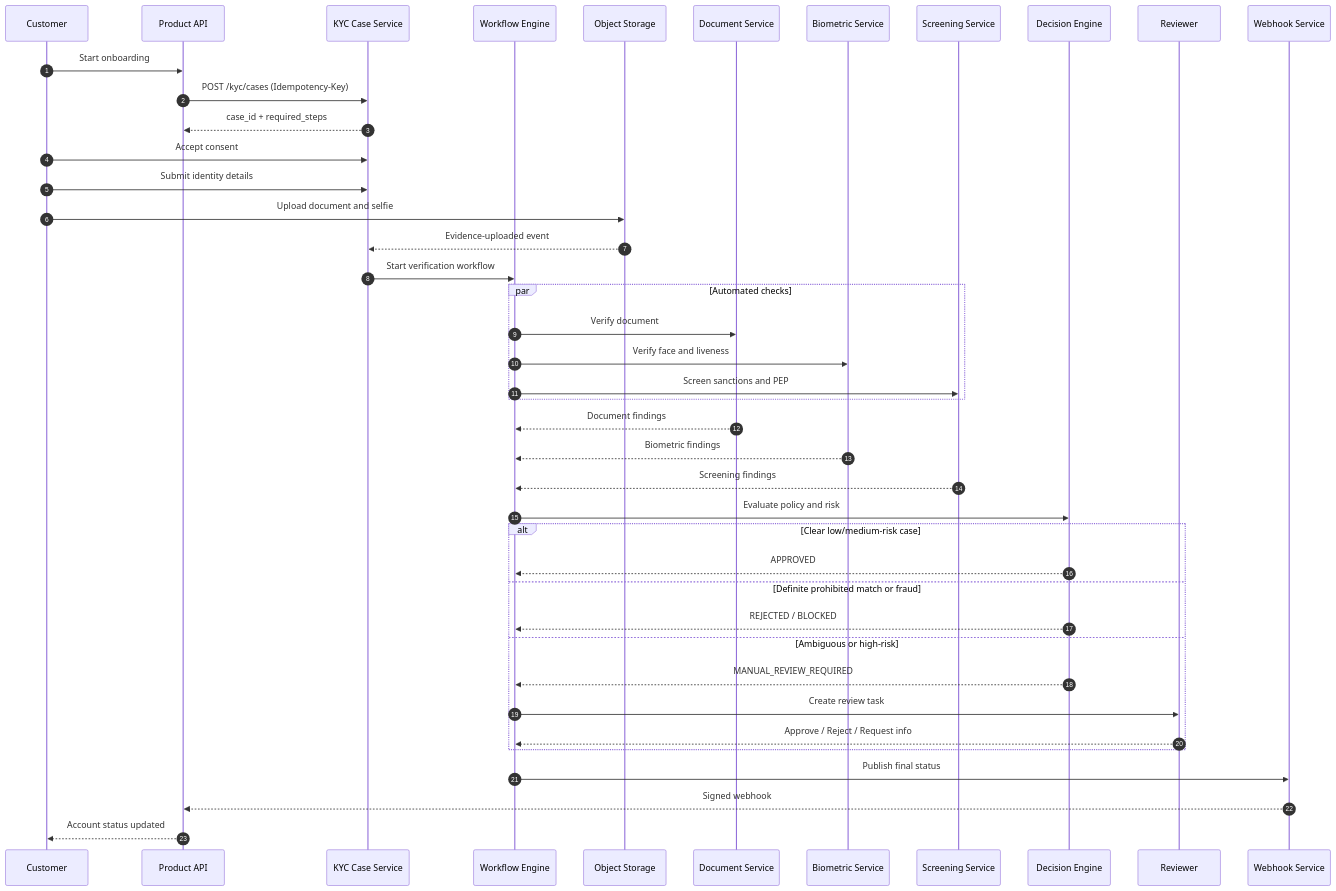
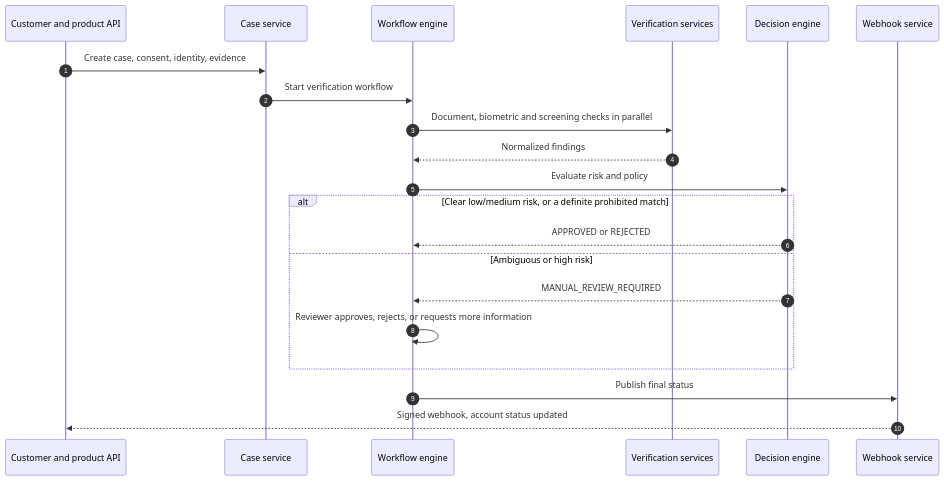
The sixth of 19 diagrams in src/content/system-design/kyc-pipeline.md (AvadhBhalodiya/Interview-Preparation), drawn with Mermaid before and after one commit. The commit also changed other lines of this file and 113 other files, not shown here.

````diff
--- a/src/content/system-design/kyc-pipeline.md
+++ b/src/content/system-design/kyc-pipeline.md
@@ -458,52 +295,24 @@
 ```mermaid
 sequenceDiagram
     autonumber
-    participant U as Customer
-    participant A as Product API
-    participant K as KYC Case Service
-    participant W as Workflow Engine
-    participant O as Object Storage
-    participant D as Document Service
-    participant B as Biometric Service
-    participant S as Screening Service
-    participant P as Decision Engine
-    participant R as Reviewer
-    participant N as Webhook Service
+    participant U as Customer and product API
+    participant K as Case service
+    participant W as Workflow engine
+    participant V as Verification services
+    participant P as Decision engine
+    participant N as Webhook service
 
-    U->>A: Start onboarding
-    A->>K: POST /kyc/cases (Idempotency-Key)
-    K-->>A: case_id + required_steps
-
-    U->>K: Accept consent
-    U->>K: Submit identity details
-    U->>O: Upload document and selfie
-    O-->>K: Evidence-uploaded event
-
+    U->>K: Create case, consent, identity, evidence
     K->>W: Start verification workflow
-
-    par Automated checks
-        W->>D: Verify document
-        W->>B: Verify face and liveness
-        W->>S: Screen sanctions and PEP
+    W->>V: Document, biometric and screening checks in parallel
+    V-->>W: Normalized findings
+    W->>P: Evaluate risk and policy
+    alt Clear low/medium risk, or a definite prohibited match
+        P-->>W: APPROVED or REJECTED
+    else Ambiguous or high risk
+        P-->>W: MANUAL_REVIEW_REQUIRED
+        W->>W: Reviewer approves, rejects, or requests more information
     end
-
-    D-->>W: Document findings
-    B-->>W: Biometric findings
-    S-->>W: Screening findings
-
-    W->>P: Evaluate policy and risk
-
-    alt Clear low/medium-risk case
-        P-->>W: APPROVED
-    else Definite prohibited match or fraud
-        P-->>W: REJECTED / BLOCKED
-    else Ambiguous or high-risk
-        P-->>W: MANUAL_REVIEW_REQUIRED
-        W->>R: Create review task
-        R-->>W: Approve / Reject / Request info
-    end
-
     W->>N: Publish final status
-    N-->>A: Signed webhook
-    A-->>U: Account status updated
+    N-->>U: Signed webhook, account status updated
 ```
````
